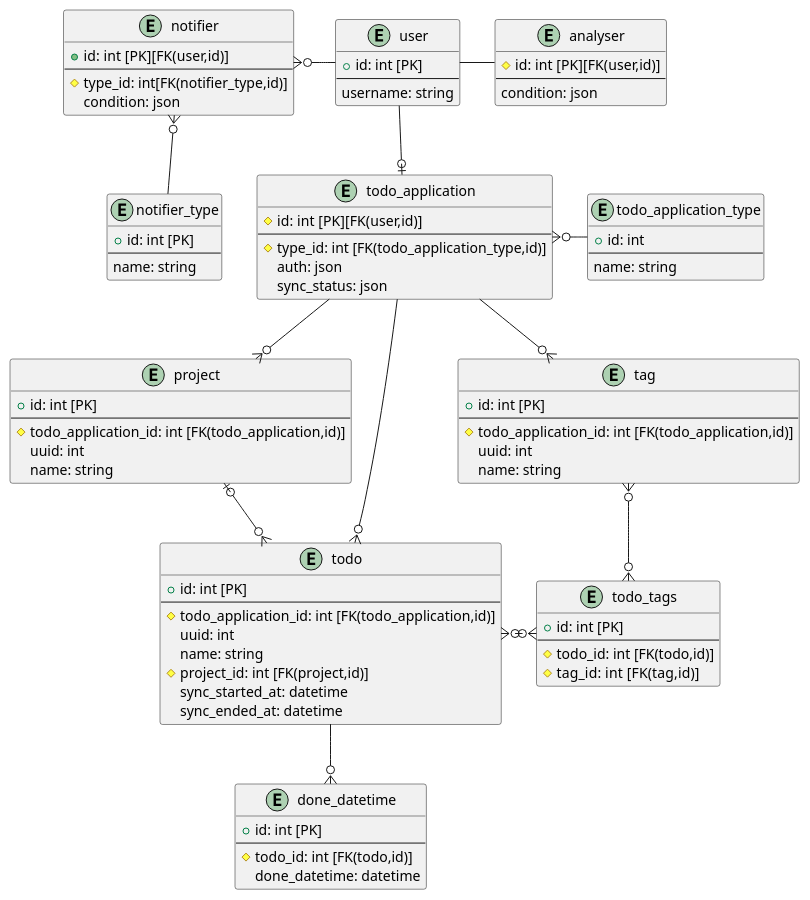
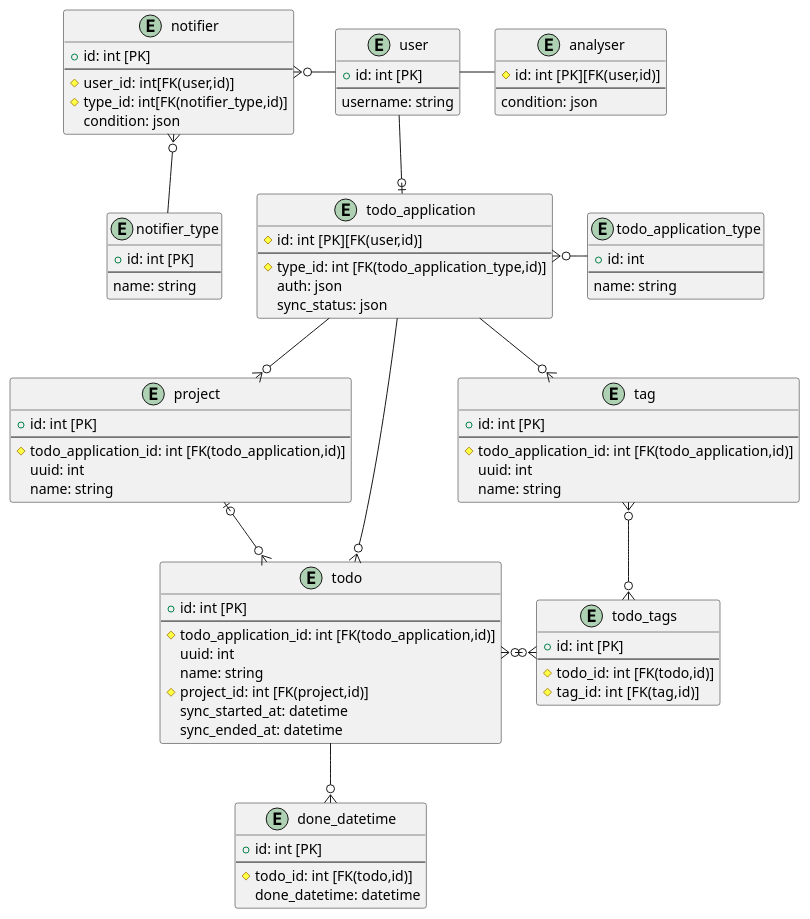
Before and after one commit to to-maru/tododog: the diagram in design/database.puml, drawn with PlantUML. The commit also changed 1 other file, not shown here.

```diff
--- a/design/database.puml
+++ b/design/database.puml
@@ -1,100 +1,101 @@
 @startuml
 'https://plantuml.com/class-diagram
 
 hide empty members
 
 entity user {
 +id: int [PK]
 --
 username: string
 }
 
 entity todo_application {
 # id: int [PK][FK(user,id)]
 --
 # type_id: int [FK(todo_application_type,id)]
 auth: json /'authのDataの持ち方に合わせる'/
 sync_status: json
 }
 
 entity todo_application_type {
 + id: int
 --
 name: string
 }
 
 entity todo {
 +id: int [PK]
 --
 #todo_application_id: int [FK(todo_application,id)]
 uuid: int
 name: string
 #project_id: int [FK(project,id)]
 sync_started_at: datetime
 sync_ended_at: datetime
 }
 
 entity todo_tags {
 +id: int [PK]
 --
 #todo_id: int [FK(todo,id)]
 #tag_id: int  [FK(tag,id)]
 }
 
 entity done_datetime {
 +id: int [PK]
 --
 #todo_id: int [FK(todo,id)]
 done_datetime: datetime
 }
 
 entity project {
 +id: int [PK]
 --
 #todo_application_id: int [FK(todo_application,id)]
 uuid: int
 name: string
 }
 
 entity tag {
 +id: int [PK]
 --
 #todo_application_id: int [FK(todo_application,id)]
 uuid: int
 name: string
 }
 
 entity analyser {
 # id: int [PK][FK(user,id)]
 --
 condition: json
 }
 
 entity notifier {
-+ id: int [PK][FK(user,id)]
++ id: int [PK]
 --
+# user_id: int[FK(user,id)]
 # type_id: int[FK(notifier_type,id)]
 condition: json
 }
 
 entity notifier_type {
 + id: int [PK]
 --
 name: string
 }
 
 user --o| todo_application
 user - analyser
 user -left-o{ notifier
 notifier }o-- notifier_type
 
 todo_application }o- todo_application_type
 todo_application ---o{ todo
 todo_application -o{ project
 todo_application --o{ tag
 project |o--o{ todo
 tag }o--o{ todo_tags
 todo }o-o{ todo_tags
 todo --o{ done_datetime
 
 @enduml
```
